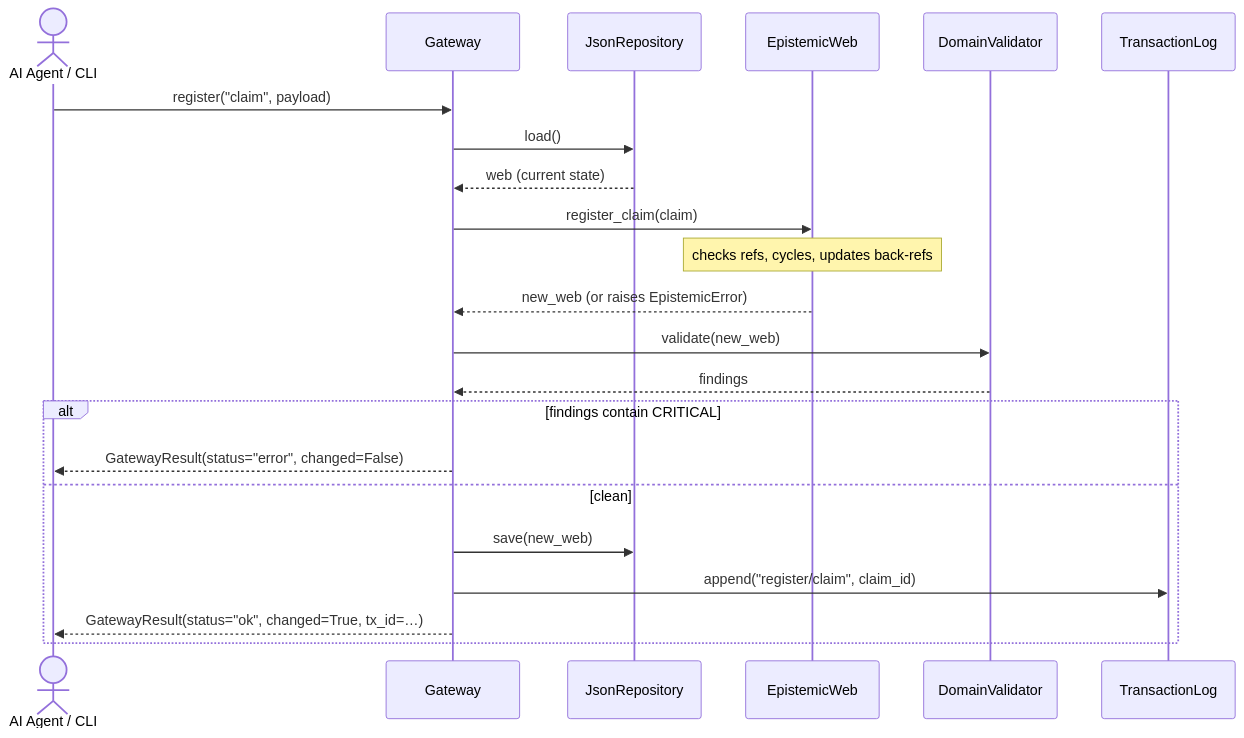
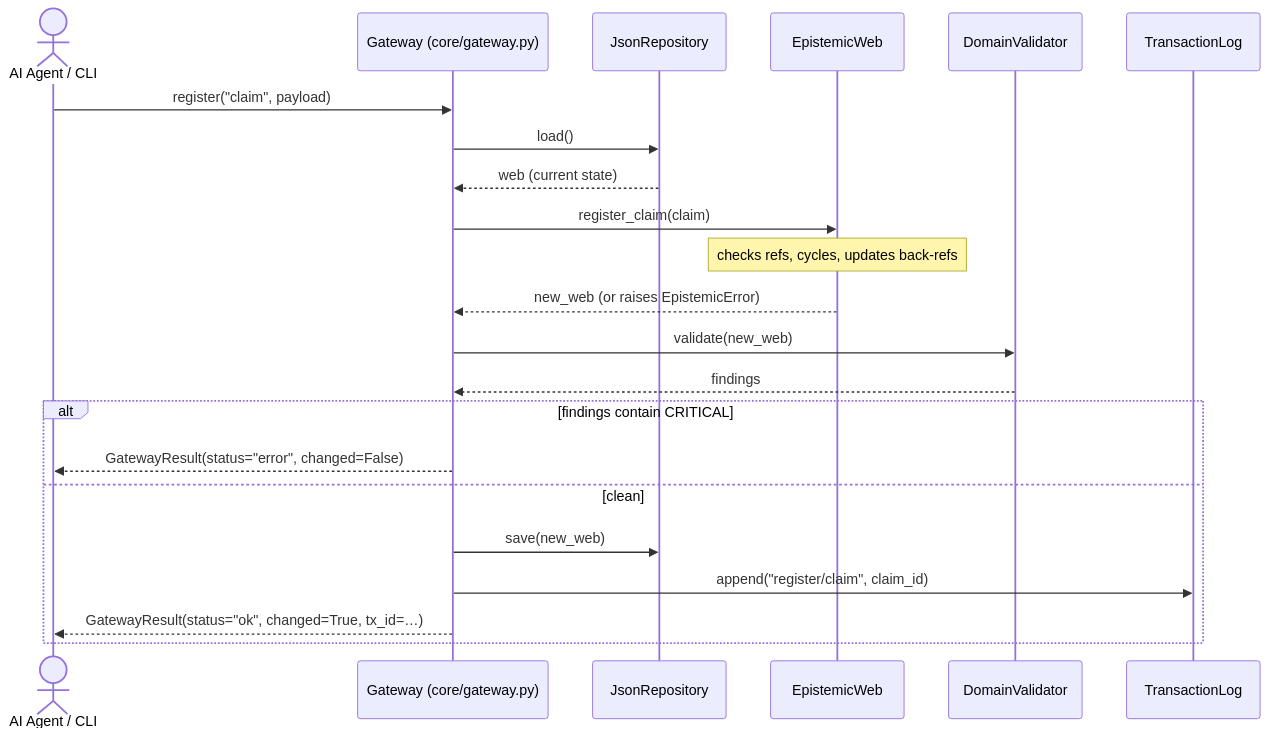
The third of 6 diagrams in ARCHITECTURE.md (cdowd010/episteme), drawn with Mermaid before and after one commit. The commit also changed other lines of this file and 3 other files, not shown here.

Commit message:
Updated documentation to reflect the new architecture

````diff
--- a/ARCHITECTURE.md
+++ b/ARCHITECTURE.md
@@ -199,25 +247,25 @@
 ```mermaid
 sequenceDiagram
     actor Agent as AI Agent / CLI
-    participant GW as Gateway
+    participant GW as Gateway (core/gateway.py)
     participant Repo as JsonRepository
     participant Web as EpistemicWeb
     participant Val as DomainValidator
     participant TxLog as TransactionLog
 
     Agent->>GW: register("claim", payload)
     GW->>Repo: load()
     Repo-->>GW: web (current state)
     GW->>Web: register_claim(claim)
     Note over Web: checks refs, cycles, updates back-refs
     Web-->>GW: new_web (or raises EpistemicError)
     GW->>Val: validate(new_web)
     Val-->>GW: findings
     alt findings contain CRITICAL
         GW-->>Agent: GatewayResult(status="error", changed=False)
     else clean
         GW->>Repo: save(new_web)
         GW->>TxLog: append("register/claim", claim_id)
         GW-->>Agent: GatewayResult(status="ok", changed=True, tx_id=…)
     end
 ```
````
